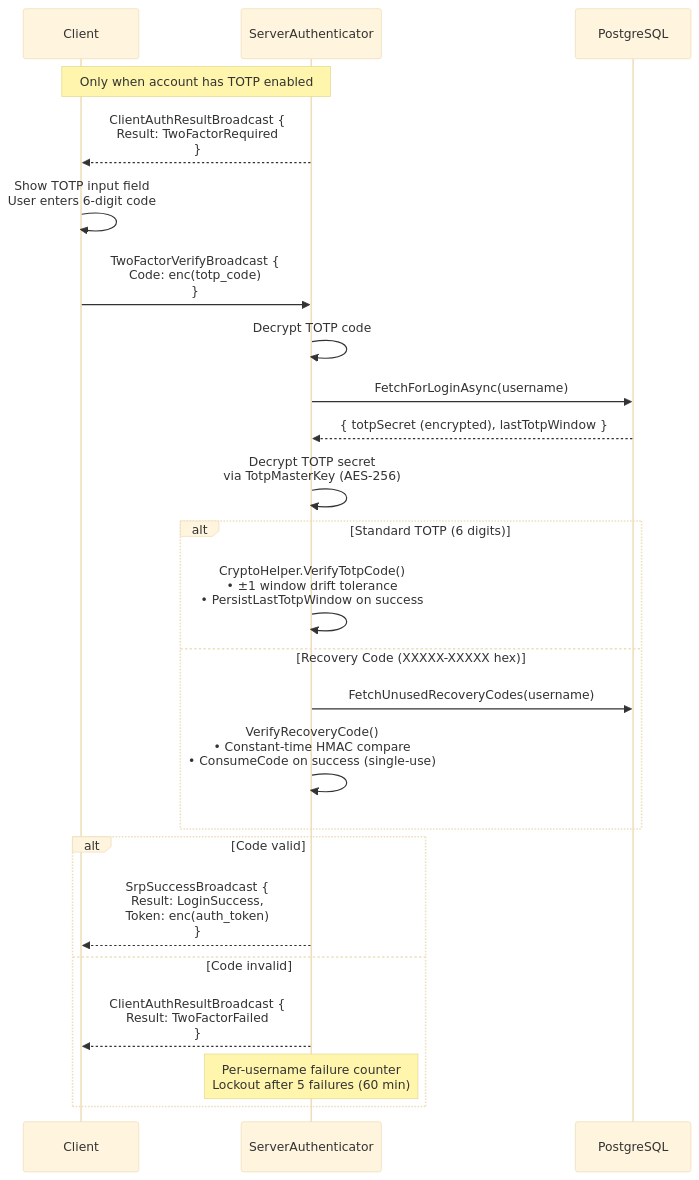
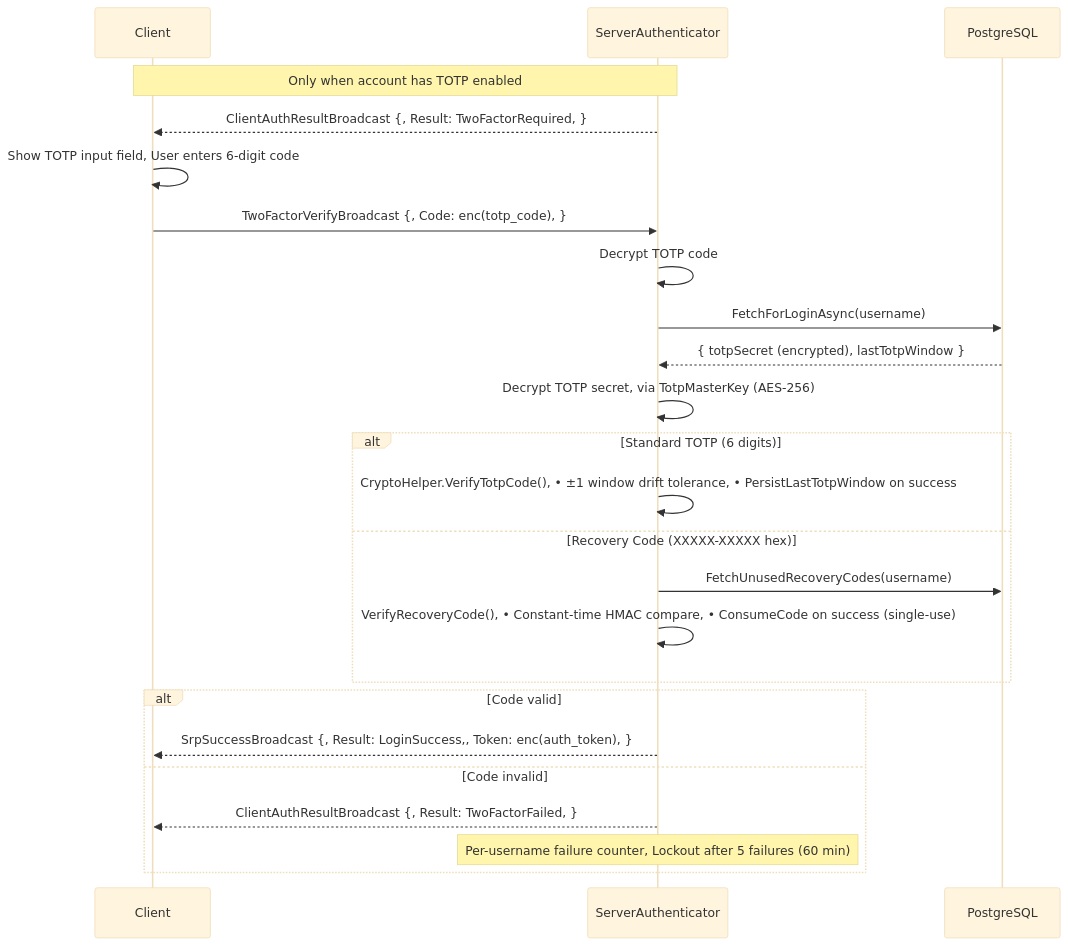
Before and after one commit to jimdroberts/FishMMO: the sixth of 11 diagrams in CONNECTION_PIPELINE.md, drawn with Mermaid (base theme). The commit also changed other lines of this file, not shown here.

````diff
--- a/CONNECTION_PIPELINE.md
+++ b/CONNECTION_PIPELINE.md
@@ -291,35 +291,35 @@
 ```mermaid
 sequenceDiagram
     participant Client as Client
     participant Server as ServerAuthenticator
     participant DB as PostgreSQL
 
     Note over Client,Server: Only when account has TOTP enabled
 
-    Server-->>Client: ClientAuthResultBroadcast {<br/>  Result: TwoFactorRequired<br/>}
+    Server-->>Client: ClientAuthResultBroadcast {,   Result: TwoFactorRequired, }
 
-    Client->>Client: Show TOTP input field<br/>User enters 6-digit code
+    Client->>Client: Show TOTP input field, User enters 6-digit code
 
-    Client->>Server: TwoFactorVerifyBroadcast {<br/>  Code: enc(totp_code)<br/>}
+    Client->>Server: TwoFactorVerifyBroadcast {,   Code: enc(totp_code), }
 
     Server->>Server: Decrypt TOTP code
 
     Server->>DB: FetchForLoginAsync(username)
     DB-->>Server: { totpSecret (encrypted), lastTotpWindow }
 
-    Server->>Server: Decrypt TOTP secret<br/>via TotpMasterKey (AES-256)
+    Server->>Server: Decrypt TOTP secret, via TotpMasterKey (AES-256)
 
     alt Standard TOTP (6 digits)
-        Server->>Server: CryptoHelper.VerifyTotpCode()<br/>• ±1 window drift tolerance<br/>• PersistLastTotpWindow on success
+        Server->>Server: CryptoHelper.VerifyTotpCode(), • ±1 window drift tolerance, • PersistLastTotpWindow on success
     else Recovery Code (XXXXX-XXXXX hex)
         Server->>DB: FetchUnusedRecoveryCodes(username)
-        Server->>Server: VerifyRecoveryCode()<br/>• Constant-time HMAC compare<br/>• ConsumeCode on success (single-use)
+        Server->>Server: VerifyRecoveryCode(), • Constant-time HMAC compare, • ConsumeCode on success (single-use)
     end
 
     alt Code valid
-        Server-->>Client: SrpSuccessBroadcast {<br/>  Result: LoginSuccess,<br/>  Token: enc(auth_token)<br/>}
+        Server-->>Client: SrpSuccessBroadcast {,   Result: LoginSuccess,,   Token: enc(auth_token), }
     else Code invalid
-        Server-->>Client: ClientAuthResultBroadcast {<br/>  Result: TwoFactorFailed<br/>}
-        Note over Server: Per-username failure counter<br/>Lockout after 5 failures (60 min)
+        Server-->>Client: ClientAuthResultBroadcast {,   Result: TwoFactorFailed, }
+        Note over Server: Per-username failure counter, Lockout after 5 failures (60 min)
     end
 ```
````
